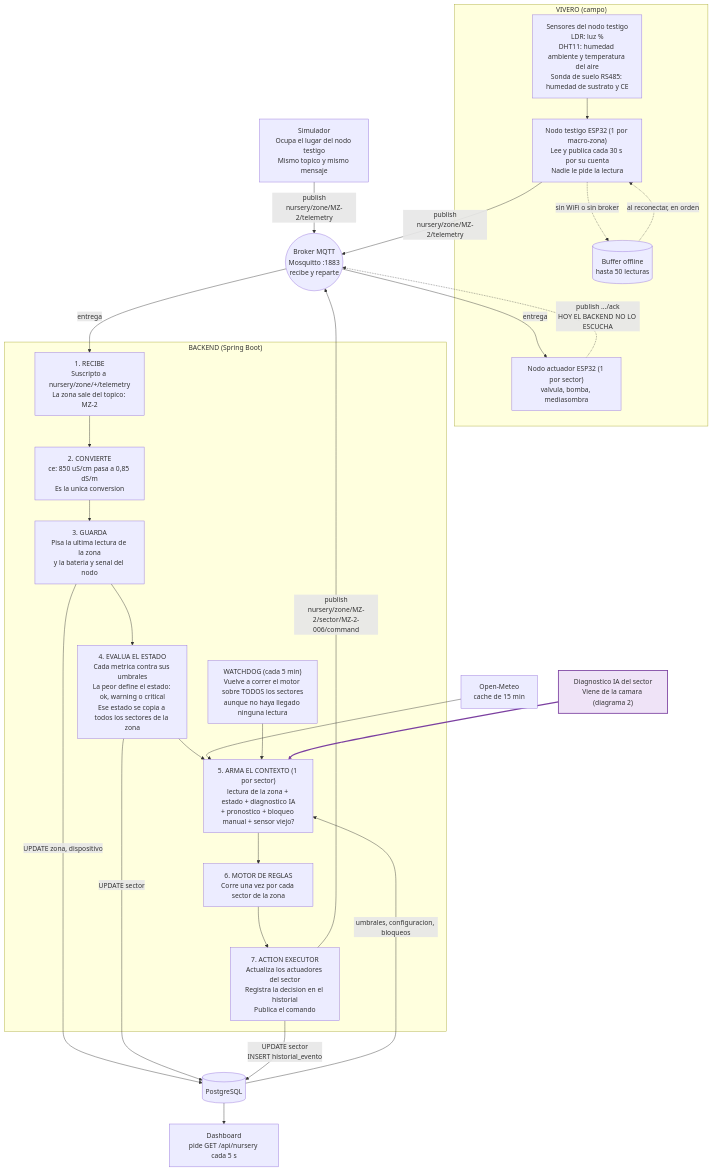
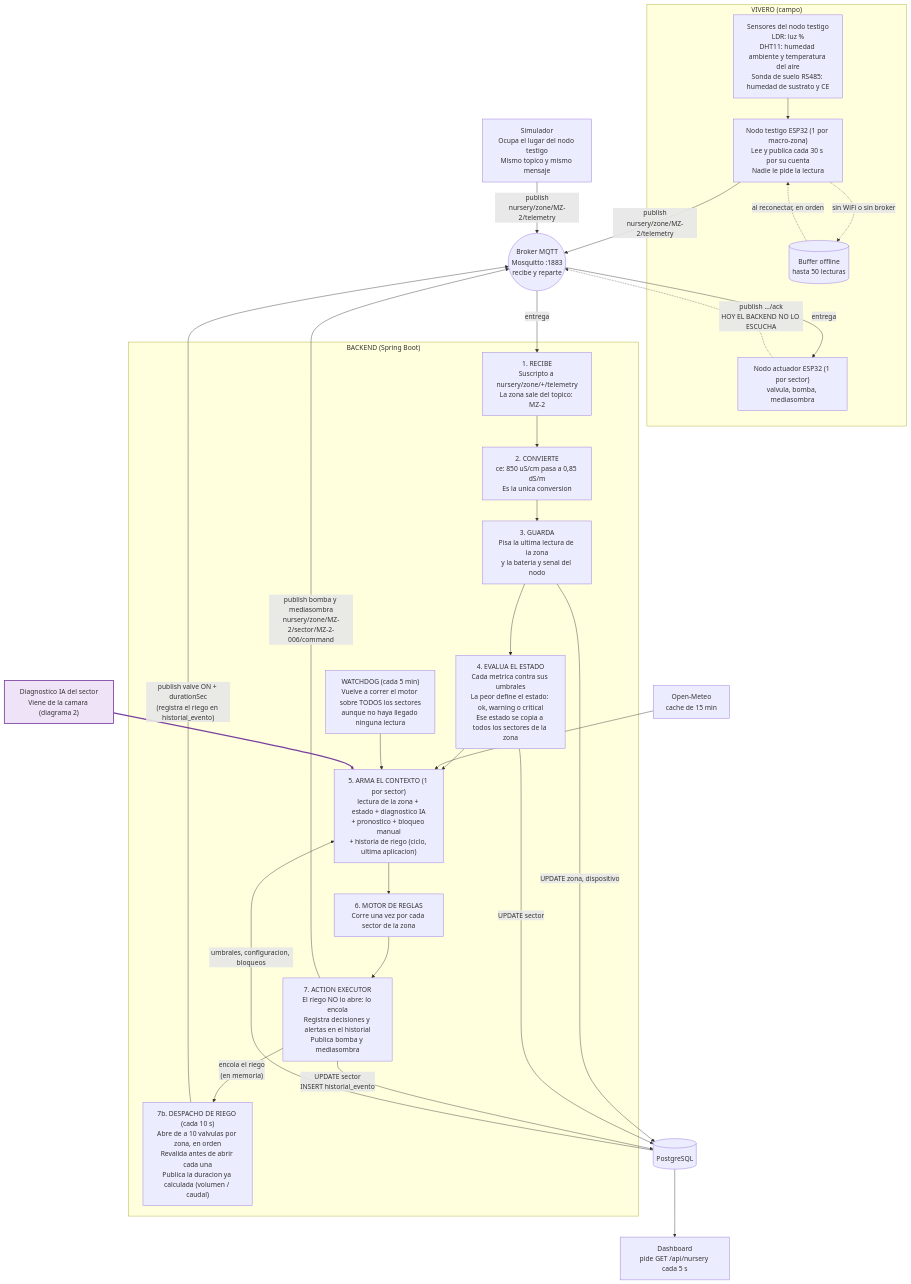
The first of 3 diagrams in docs-motor-reglas-e-integracion/circuito-sensado-a-motor.md (ssgalo/Yerbanalytics), drawn with Mermaid before and after one commit. The commit also changed other lines of this file and 2 other files, not shown here.

First line of the commit message:
docs: actualizar la comparación del motor con reglas v2, el circuito de sensado y la guía del ESP32

````diff
--- a/docs-motor-reglas-e-integracion/circuito-sensado-a-motor.md
+++ b/docs-motor-reglas-e-integracion/circuito-sensado-a-motor.md
@@ -16,52 +16,55 @@
 ```mermaid
 flowchart TD
     subgraph CAMPO["VIVERO (campo)"]
         SENS["Sensores del nodo testigo<br/>LDR: luz %<br/>DHT11: humedad ambiente y temperatura del aire<br/>Sonda de suelo RS485: humedad de sustrato y CE"]
         NODO["Nodo testigo ESP32 (1 por macro-zona)<br/>Lee y publica cada 30 s por su cuenta<br/>Nadie le pide la lectura"]
         BUF[("Buffer offline<br/>hasta 50 lecturas")]
         ACT["Nodo actuador ESP32 (1 por sector)<br/>valvula, bomba, mediasombra"]
     end
 
     SIM["Simulador<br/>Ocupa el lugar del nodo testigo<br/>Mismo topico y mismo mensaje"]
 
     BROKER(("Broker MQTT<br/>Mosquitto :1883<br/>recibe y reparte"))
 
     subgraph BACK["BACKEND (Spring Boot)"]
         P1["1. RECIBE<br/>Suscripto a nursery/zone/+/telemetry<br/>La zona sale del topico: MZ-2"]
         P2["2. CONVIERTE<br/>ce: 850 uS/cm pasa a 0,85 dS/m<br/>Es la unica conversion"]
         P3["3. GUARDA<br/>Pisa la ultima lectura de la zona<br/>y la bateria y senal del nodo"]
         P4["4. EVALUA EL ESTADO<br/>Cada metrica contra sus umbrales<br/>La peor define el estado: ok, warning o critical<br/>Ese estado se copia a todos los sectores de la zona"]
-        P5["5. ARMA EL CONTEXTO (1 por sector)<br/>lectura de la zona + estado + diagnostico IA<br/>+ pronostico + bloqueo manual + sensor viejo?"]
+        P5["5. ARMA EL CONTEXTO (1 por sector)<br/>lectura de la zona + estado + diagnostico IA<br/>+ pronostico + bloqueo manual<br/>+ historia de riego (ciclo, ultima aplicacion)"]
         P6["6. MOTOR DE REGLAS<br/>Corre una vez por cada sector de la zona"]
-        P7["7. ACTION EXECUTOR<br/>Actualiza los actuadores del sector<br/>Registra la decision en el historial<br/>Publica el comando"]
+        P7["7. ACTION EXECUTOR<br/>El riego NO lo abre: lo encola<br/>Registra decisiones y alertas en el historial<br/>Publica bomba y mediasombra"]
+        DESP["7b. DESPACHO DE RIEGO (cada 10 s)<br/>Abre de a 10 valvulas por zona, en orden<br/>Revalida antes de abrir cada una<br/>Publica la duracion ya calculada (volumen / caudal)"]
         WD["WATCHDOG (cada 5 min)<br/>Vuelve a correr el motor sobre TODOS los sectores<br/>aunque no haya llegado ninguna lectura"]
     end
 
     DB[("PostgreSQL")]
     CLIMA["Open-Meteo<br/>cache de 15 min"]
     DASH["Dashboard<br/>pide GET /api/nursery cada 5 s"]
 
     SENS --> NODO
     NODO -. "sin WiFi o sin broker" .-> BUF
     BUF -. "al reconectar, en orden" .-> NODO
     NODO -- "publish<br/>nursery/zone/MZ-2/telemetry" --> BROKER
     SIM -- "publish<br/>nursery/zone/MZ-2/telemetry" --> BROKER
     BROKER -- "entrega" --> P1
     P1 --> P2 --> P3 --> P4 --> P5 --> P6 --> P7
     P3 -- "UPDATE zona, dispositivo" --> DB
     P4 -- "UPDATE sector" --> DB
     CLIMA --> P5
     DB -- "umbrales, configuracion, bloqueos" --> P5
     WD --> P5
     P7 -- "UPDATE sector<br/>INSERT historial_evento" --> DB
-    P7 -- "publish<br/>nursery/zone/MZ-2/sector/MZ-2-006/command" --> BROKER
+    P7 -- "publish bomba y mediasombra<br/>nursery/zone/MZ-2/sector/MZ-2-006/command" --> BROKER
     BROKER -- "entrega" --> ACT
     ACT -. "publish .../ack<br/>HOY EL BACKEND NO LO ESCUCHA" .-> BROKER
     DB --> DASH
 
     CAMARA["Diagnostico IA del sector<br/>Viene de la camara (diagrama 2)"]
     CAMARA --> P5
+    P7 -- "encola el riego<br/>(en memoria)" --> DESP
+    DESP -- "publish valve ON + durationSec<br/>(registra el riego en historial_evento)" --> BROKER
 
     style CAMARA fill:#efe3f7,stroke:#7b3fa0,stroke-width:2px
     linkStyle 22 stroke:#7b3fa0,stroke-width:3px
 ```
````
